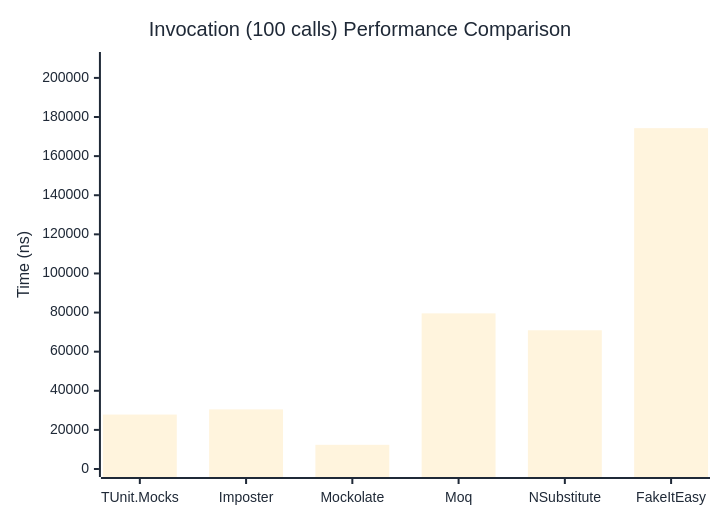
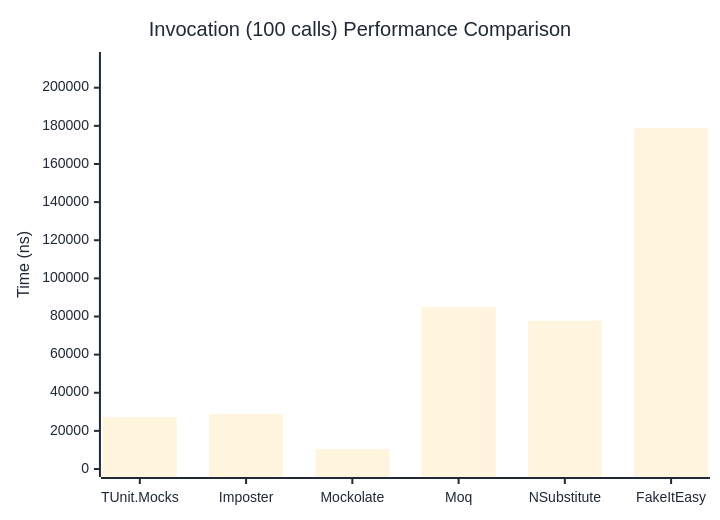
One commit to thomhurst/TUnit changed the third of 3 diagrams in docs/docs/benchmarks/mocks/Invocation.md. Above: the diagram before and after it, drawn with Mermaid. The commit also changed other lines of this file and 14 other files, not shown here.

````diff
--- a/docs/docs/benchmarks/mocks/Invocation.md
+++ b/docs/docs/benchmarks/mocks/Invocation.md
@@ -112,27 +112,27 @@
 ```mermaid
 %%{init: {
   'theme':'base',
   'themeVariables': {
     'primaryColor': '#2563eb',
     'primaryTextColor': '#1f2937',
     'primaryBorderColor': '#1e40af',
     'lineColor': '#6b7280',
     'secondaryColor': '#7c3aed',
     'tertiaryColor': '#dc2626',
     'background': '#ffffff',
     'pie1': '#2563eb',
     'pie2': '#7c3aed',
     'pie3': '#dc2626',
     'pie4': '#f59e0b',
     'pie5': '#10b981',
     'pie6': '#06b6d4',
     'pie7': '#ec4899',
     'pie8': '#6366f1'
   }
 }}%%
 xychart-beta
   title "Invocation (100 calls) Performance Comparison"
   x-axis ["TUnit.Mocks", "Imposter", "Mockolate", "Moq", "NSubstitute", "FakeItEasy"]
-  y-axis "Time (ns)" 0 --> 209155
-  bar [27842.02, 30485.14, 12371.96, 79583.59, 70941.37, 174295.28]
+  y-axis "Time (ns)" 0 --> 214539
+  bar [27241.5, 28971.47, 10481.04, 84960.37, 77793.6, 178781.82]
 ```
````
